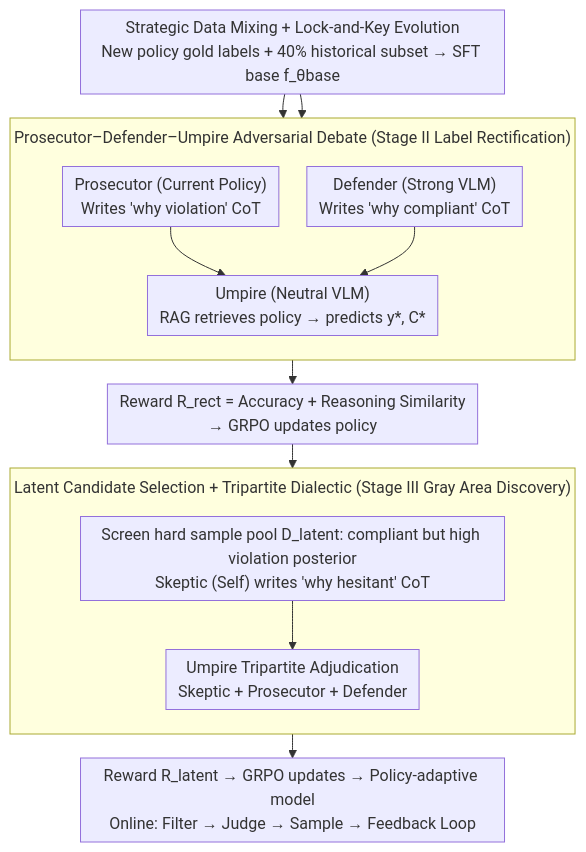
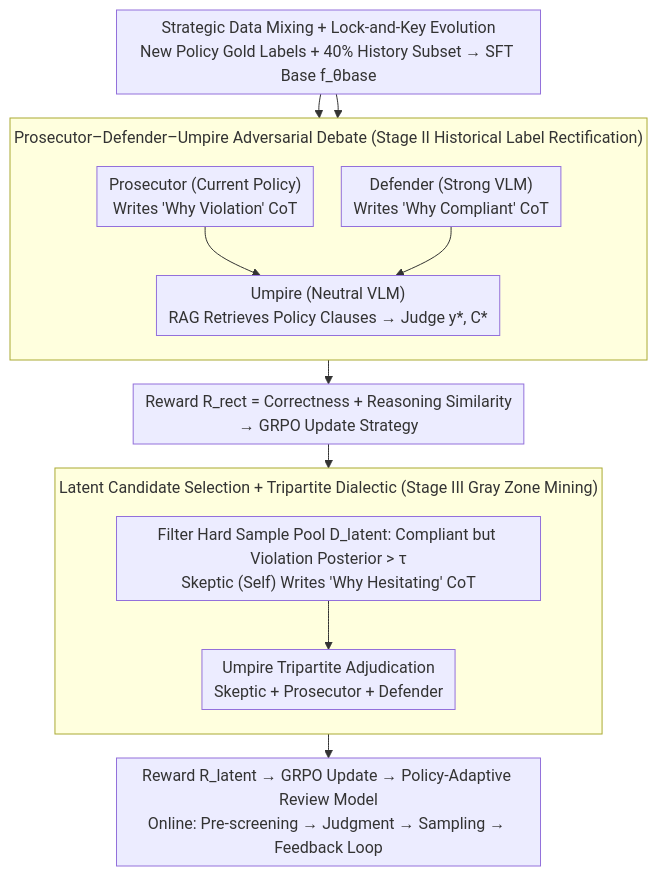
One commit to zhaoyang97/Paper-Notes-en changed the diagram in docs/ACL2026/reinforcement_learning/argus_policy-adaptive_ad_governance_via_evolving_reinforcement_with_adversarial_.md. Above: the diagram before and after it, drawn with Mermaid. The commit also changed other lines of this file and 5084 other files, not shown here.

````diff
--- a/docs/ACL2026/reinforcement_learning/argus_policy-adaptive_ad_governance_via_evolving_reinforcement_with_adversarial_.md
+++ b/docs/ACL2026/reinforcement_learning/argus_policy-adaptive_ad_governance_via_evolving_reinforcement_with_adversarial_.md
@@ -43,19 +43,19 @@
 ```mermaid
 %%{init: {'flowchart': {'rankSpacing': 24, 'nodeSpacing': 28, 'padding': 6, 'wrappingWidth': 400, 'subGraphTitleMargin': {'top': 8, 'bottom': 16}}}}%%
 flowchart TD
-    A["Strategic Data Mixing + Lock-and-Key Evolution<br/>New policy gold labels + 40% historical subset → SFT base f_θbase"]
-    subgraph S2["Prosecutor–Defender–Umpire Adversarial Debate (Stage II Label Rectification)"]
+    A["Strategic Data Mixing + Lock-and-Key Evolution<br/>New Policy Gold Labels + 40% History Subset → SFT Base f_θbase"]
+    subgraph S2["Prosecutor–Defender–Umpire Adversarial Debate (Stage II Historical Label Rectification)"]
         direction TB
-        P["Prosecutor (Current Policy)<br/>Writes 'why violation' CoT"] --> U["Umpire (Neutral VLM)<br/>RAG retrieves policy → predicts y*, C*"]
-        D["Defender (Strong VLM)<br/>Writes 'why compliant' CoT"] --> U
+        P["Prosecutor (Current Policy)<br/>Writes 'Why Violation' CoT"] --> U["Umpire (Neutral VLM)<br/>RAG Retrieves Policy Clauses → Judge y*, C*"]
+        D["Defender (Strong VLM)<br/>Writes 'Why Compliant' CoT"] --> U
     end
-    subgraph S3["Latent Candidate Selection + Tripartite Dialectic (Stage III Gray Area Discovery)"]
+    subgraph S3["Latent Candidate Selection + Tripartite Dialectic (Stage III Gray Zone Mining)"]
         direction TB
-        ES["Screen hard sample pool D_latent: compliant but high violation posterior<br/>Skeptic (Self) writes 'why hesitant' CoT"] --> U2["Umpire Tripartite Adjudication<br/>Skeptic + Prosecutor + Defender"]
+        ES["Filter Hard Sample Pool D_latent: Compliant but Violation Posterior > τ<br/>Skeptic (Self) Writes 'Why Hesitating' CoT"] --> U2["Umpire Tripartite Adjudication<br/>Skeptic + Prosecutor + Defender"]
     end
     A --> P
     A --> D
-    U --> R1["Reward R_rect = Accuracy + Reasoning Similarity<br/>→ GRPO updates policy"]
+    U --> R1["Reward R_rect = Correctness + Reasoning Similarity<br/>→ GRPO Update Strategy"]
     R1 --> ES
-    U2 --> R2["Reward R_latent → GRPO updates → Policy-adaptive model<br/>Online: Filter → Judge → Sample → Feedback Loop"]
+    U2 --> R2["Reward R_latent → GRPO Update → Policy-Adaptive Review Model<br/>Online: Pre-screening → Judgment → Sampling → Feedback Loop"]
 ```
````
